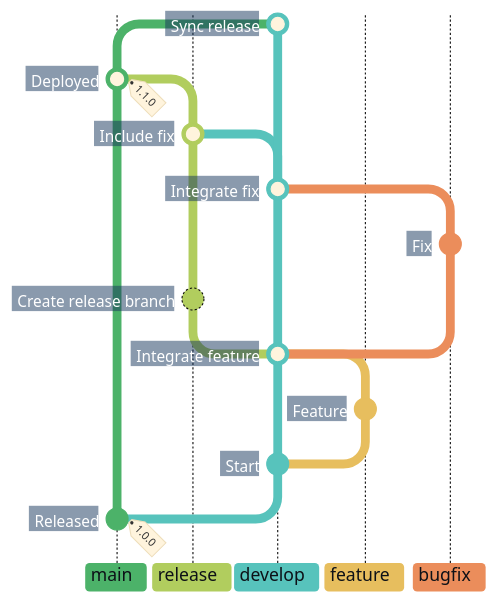
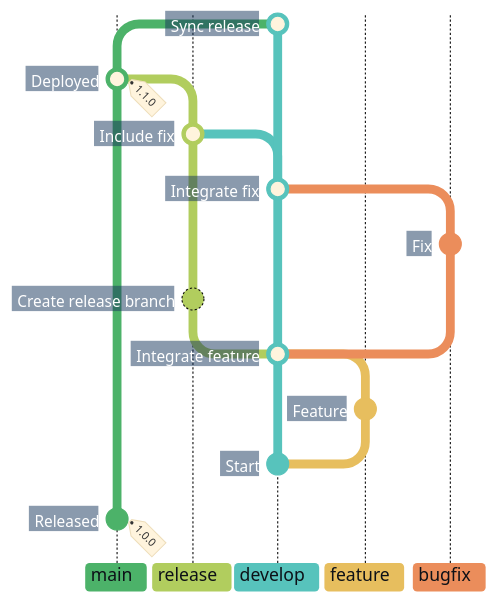
One commit to superhero/operations.superduper.solutions changed the first of 7 diagrams in docs/adr/cicd.md. Above: the diagram before and after it, drawn with Mermaid.

Commit message:
docs: omit develop ancestry from the overview graph

````diff
--- a/docs/adr/cicd.md
+++ b/docs/adr/cicd.md
@@ -15,32 +15,34 @@
 ```mermaid
 %%{init: {"theme": "base", "themeCSS": "line.branch { stroke: #8B949E; stroke-width: 1px; stroke-dasharray: 1 4; stroke-linecap: round; } .branchLabel, .tag-label { font-weight: 700; } .tag-label-bkg, .commit-label-bkg { opacity: 0.9; } .tag-label-bkg { fill: #B8E6C4; stroke: #8ED3A2; } .branchLabelBkg { opacity: 1; clip-path: inset(0 8px 0 0 round 4px) fill-box; } .commit-labels g:nth-last-of-type(-n+2) { visibility: hidden; } .commit-labels g { transform-box: fill-box; transform-origin: calc(100% + 17px) calc(50% + 2px); transform: rotate(-10deg); } .commit-label { font-weight: 700; transform: translateX(-8px); } .commit-label-bkg { stroke: #17365D; stroke-width: 20px; transform: translateX(-5px); clip-path: polygon(-4px -4px, calc(100% + 4px) -4px, calc(100% + 10px) 50%, calc(100% + 4px) calc(100% + 4px), -4px calc(100% + 4px)) fill-box; } .commit.branch { stroke: #B1CD5E; stroke-dasharray: none; }", "gitGraph": {"showCommitLabel": true, "rotateCommitLabel": false}, "themeVariables": {
     "commitLabelFontSize": "14px", "commitLabelColor": "#FFFFFF", "commitLabelBackground": "#17365D",
     "git0": "#4CB269", "gitBranchLabel0": "#0D1117",
     "git1": "#B1CD5E", "gitBranchLabel1": "#0D1117",
     "git2": "#57C3BC", "gitBranchLabel2": "#0D1117",
     "git3": "#E7BE5E", "gitBranchLabel3": "#0D1117",
     "git4": "#EB8D5B", "gitBranchLabel4": "#0D1117"
 }}}%%
 gitGraph BT:
-    %% In BT order, the last two label groups are the initial notes; the version tag stays visible.
+    %% Show existing main and develop lanes with earlier ancestry and initial notes omitted.
+    branch develop order: 2
+    checkout main
     commit id: "Released" tag: "1.0.0"
-    branch develop order: 2
+    checkout develop
     commit id: "Start"
     branch "feature" order: 3
     commit id: "Feature"
     checkout develop
     merge "feature" id: "Integrate feature"
     branch "release" order: 1
     commit id: "Create release branch"
     checkout develop
     branch "bugfix" order: 4
     commit id: "Fix"
     checkout develop
     merge "bugfix" id: "Integrate fix"
     checkout "release"
     merge develop id: "Include fix"
     checkout main
     merge "release" id: "Deployed" tag: "1.1.0"
     checkout develop
     merge main id: "Sync release"
 ```
````
